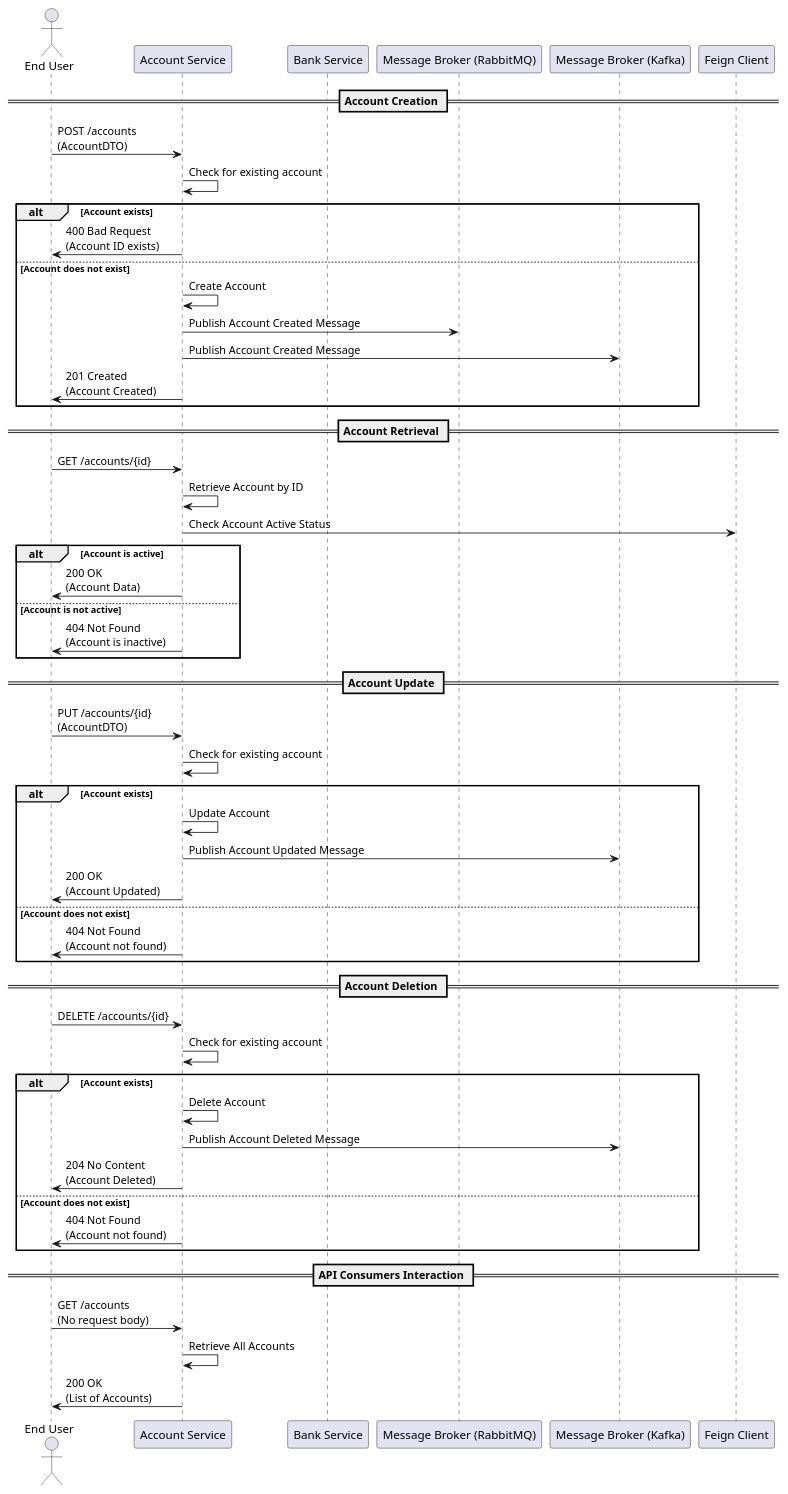
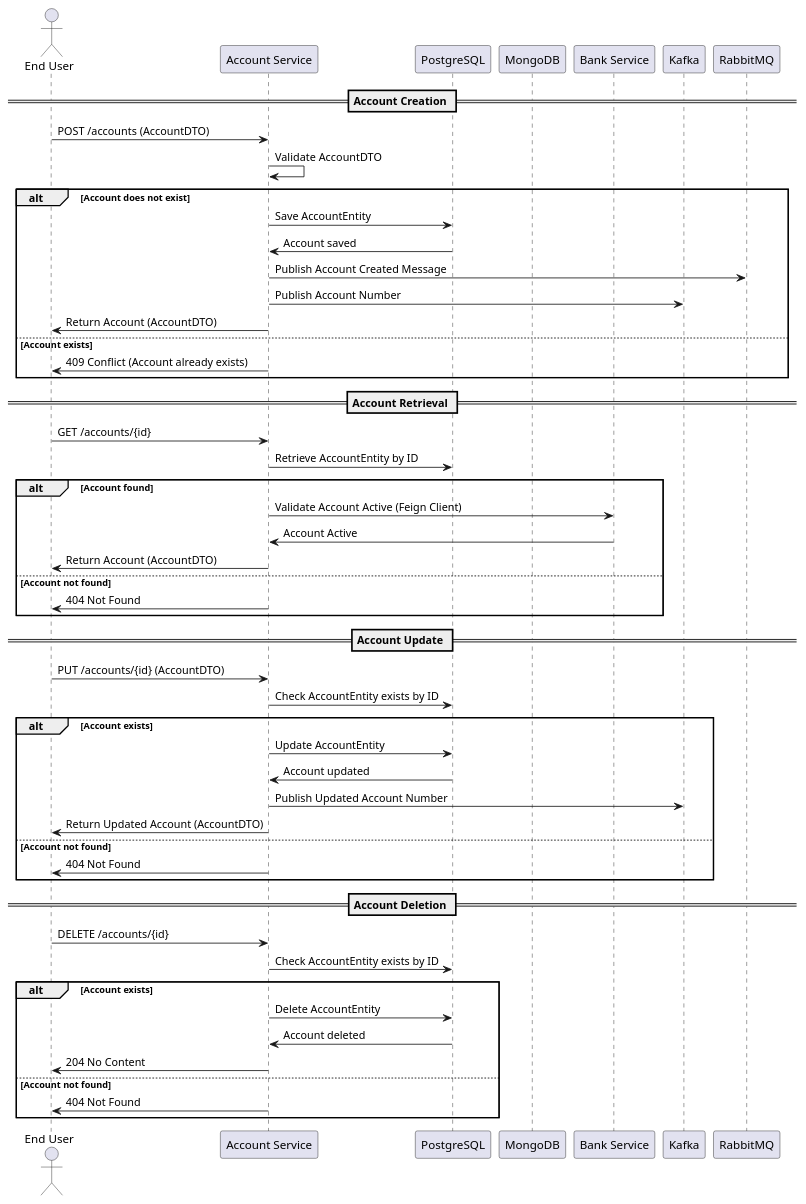
The diagram in design_document/AccountService.md (Bhaskar-Pavan/AccountService), drawn with PlantUML before and after one commit. The commit also changed other lines of this file, not shown here.

````diff
--- a/design_document/AccountService.md
+++ b/design_document/AccountService.md
@@ -52,60 +35,59 @@
 ```plantuml
 @startuml
 actor "End User" as User
 participant "Account Service" as AccountService
+participant "PostgreSQL" as PostgreSQL
+participant "MongoDB" as MongoDB
 participant "Bank Service" as BankService
-participant "Message Broker (RabbitMQ)" as RabbitMQ
-participant "Message Broker (Kafka)" as Kafka
-participant "Feign Client" as FeignClient
+participant "Kafka" as Kafka
+participant "RabbitMQ" as RabbitMQ
 
 == Account Creation ==
-User -> AccountService: POST /accounts\n(AccountDTO)
-AccountService -> AccountService: Check for existing account
-alt Account exists
-    AccountService -> User: 400 Bad Request\n(Account ID exists)
-else Account does not exist
-    AccountService -> AccountService: Create Account
+User -> AccountService: POST /accounts (AccountDTO)
+AccountService -> AccountService: Validate AccountDTO
+alt Account does not exist
+    AccountService -> PostgreSQL: Save AccountEntity
+    PostgreSQL -> AccountService: Account saved
     AccountService -> RabbitMQ: Publish Account Created Message
-    AccountService -> Kafka: Publish Account Created Message
-    AccountService -> User: 201 Created\n(Account Created)
+    AccountService -> Kafka: Publish Account Number
+    AccountService -> User: Return Account (AccountDTO)
+else Account exists
+    AccountService -> User: 409 Conflict (Account already exists)
 end
 
 == Account Retrieval ==
 User -> AccountService: GET /accounts/{id}
-AccountService -> AccountService: Retrieve Account by ID
-AccountService -> FeignClient: Check Account Active Status
-alt Account is active
-    AccountService -> User: 200 OK\n(Account Data)
-else Account is not active
-    AccountService -> User: 404 Not Found\n(Account is inactive)
+AccountService -> PostgreSQL: Retrieve AccountEntity by ID
+alt Account found
+    AccountService -> BankService: Validate Account Active (Feign Client)
+    BankService -> AccountService: Account Active
+    AccountService -> User: Return Account (AccountDTO)
+else Account not found
+    AccountService -> User: 404 Not Found
 end
 
 == Account Update ==
-User -> AccountService: PUT /accounts/{id}\n(AccountDTO)
-AccountService -> AccountService: Check for existing account
+User -> AccountService: PUT /accounts/{id} (AccountDTO)
+AccountService -> PostgreSQL: Check AccountEntity exists by ID
 alt Account exists
-    AccountService -> AccountService: Update Account
-    AccountService -> Kafka: Publish Account Updated Message
-    AccountService -> User: 200 OK\n(Account Updated)
-else Account does not exist
-    AccountService -> User: 404 Not Found\n(Account not found)
+    AccountService -> PostgreSQL: Update AccountEntity
+    PostgreSQL -> AccountService: Account updated
+    AccountService -> Kafka: Publish Updated Account Number
+    AccountService -> User: Return Updated Account (AccountDTO)
+else Account not found
+    AccountService -> User: 404 Not Found
 end
 
 == Account Deletion ==
 User -> AccountService: DELETE /accounts/{id}
-AccountService -> AccountService: Check for existing account
+AccountService -> PostgreSQL: Check AccountEntity exists by ID
 alt Account exists
-    AccountService -> AccountService: Delete Account
-    AccountService -> Kafka: Publish Account Deleted Message
-    AccountService -> User: 204 No Content\n(Account Deleted)
-else Account does not exist
-    AccountService -> User: 404 Not Found\n(Account not found)
+    AccountService -> PostgreSQL: Delete AccountEntity
+    PostgreSQL -> AccountService: Account deleted
+    AccountService -> User: 204 No Content
+else Account not found
+    AccountService -> User: 404 Not Found
 end
-
-== API Consumers Interaction ==
-User -> AccountService: GET /accounts\n(No request body)
-AccountService -> AccountService: Retrieve All Accounts
-AccountService -> User: 200 OK\n(List of Accounts)
 
 @enduml
 ```
````
